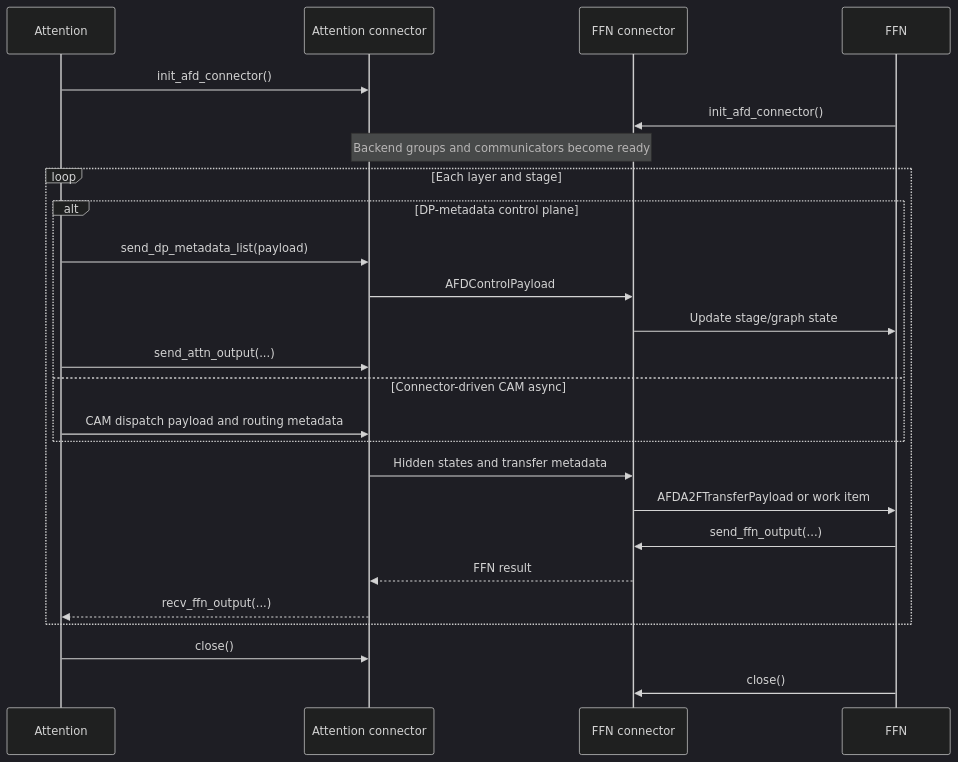
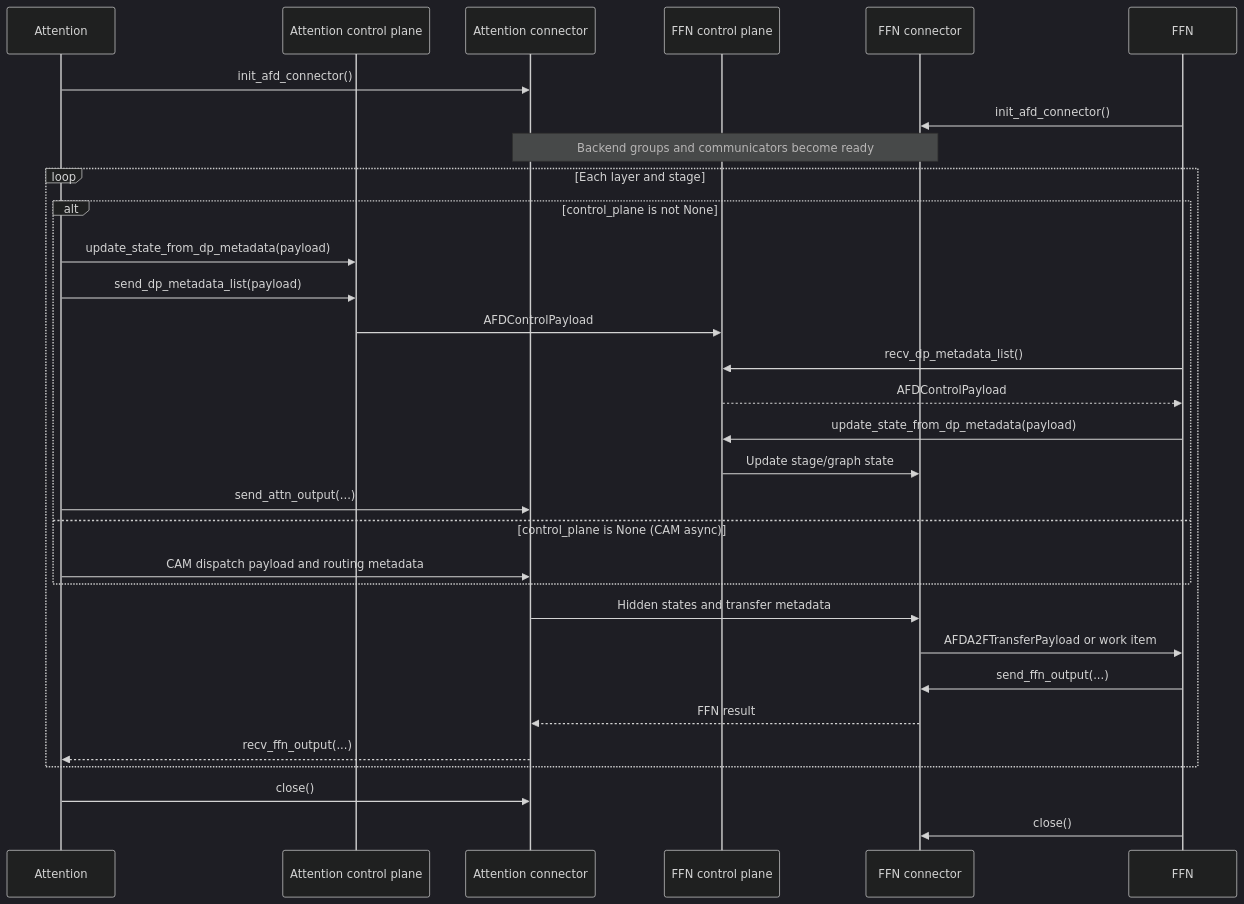
One commit to JiusiServe/afd-plugin changed the diagram in docs/design/module/connector_contracts.md. Above: the diagram before and after it, drawn with Mermaid (dark theme). The commit also changed other lines of this file and 3 other files, not shown here.

Commit message:
docs: refresh design for control-plane split

````diff
--- a/docs/design/module/connector_contracts.md
+++ b/docs/design/module/connector_contracts.md
@@ -180,28 +189,34 @@
 ```mermaid
 sequenceDiagram
     participant Attention
+    participant ControlA as Attention control plane
     participant ConnectorA as Attention connector
+    participant ControlF as FFN control plane
     participant ConnectorF as FFN connector
     participant FFN
 
     Attention->>ConnectorA: init_afd_connector()
     FFN->>ConnectorF: init_afd_connector()
     Note over ConnectorA,ConnectorF: Backend groups and communicators become ready
     loop Each layer and stage
-        alt DP-metadata control plane
-            Attention->>ConnectorA: send_dp_metadata_list(payload)
-            ConnectorA->>ConnectorF: AFDControlPayload
-            ConnectorF->>FFN: Update stage/graph state
+        alt control_plane is not None
+            Attention->>ControlA: update_state_from_dp_metadata(payload)
+            Attention->>ControlA: send_dp_metadata_list(payload)
+            ControlA->>ControlF: AFDControlPayload
+            FFN->>ControlF: recv_dp_metadata_list()
+            ControlF-->>FFN: AFDControlPayload
+            FFN->>ControlF: update_state_from_dp_metadata(payload)
+            ControlF->>ConnectorF: Update stage/graph state
             Attention->>ConnectorA: send_attn_output(...)
-        else Connector-driven CAM async
+        else control_plane is None (CAM async)
             Attention->>ConnectorA: CAM dispatch payload and routing metadata
         end
         ConnectorA->>ConnectorF: Hidden states and transfer metadata
         ConnectorF->>FFN: AFDA2FTransferPayload or work item
         FFN->>ConnectorF: send_ffn_output(...)
         ConnectorF-->>ConnectorA: FFN result
         ConnectorA-->>Attention: recv_ffn_output(...)
     end
     Attention->>ConnectorA: close()
     FFN->>ConnectorF: close()
 ```
````
